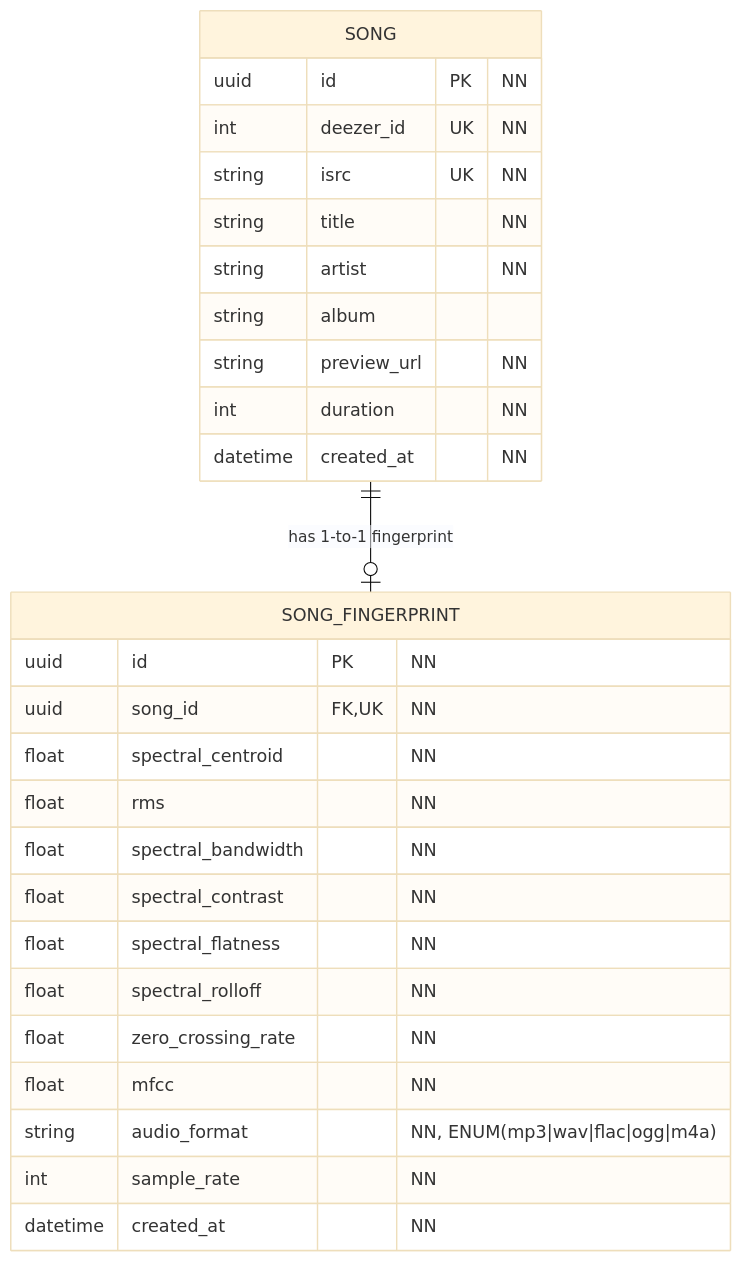
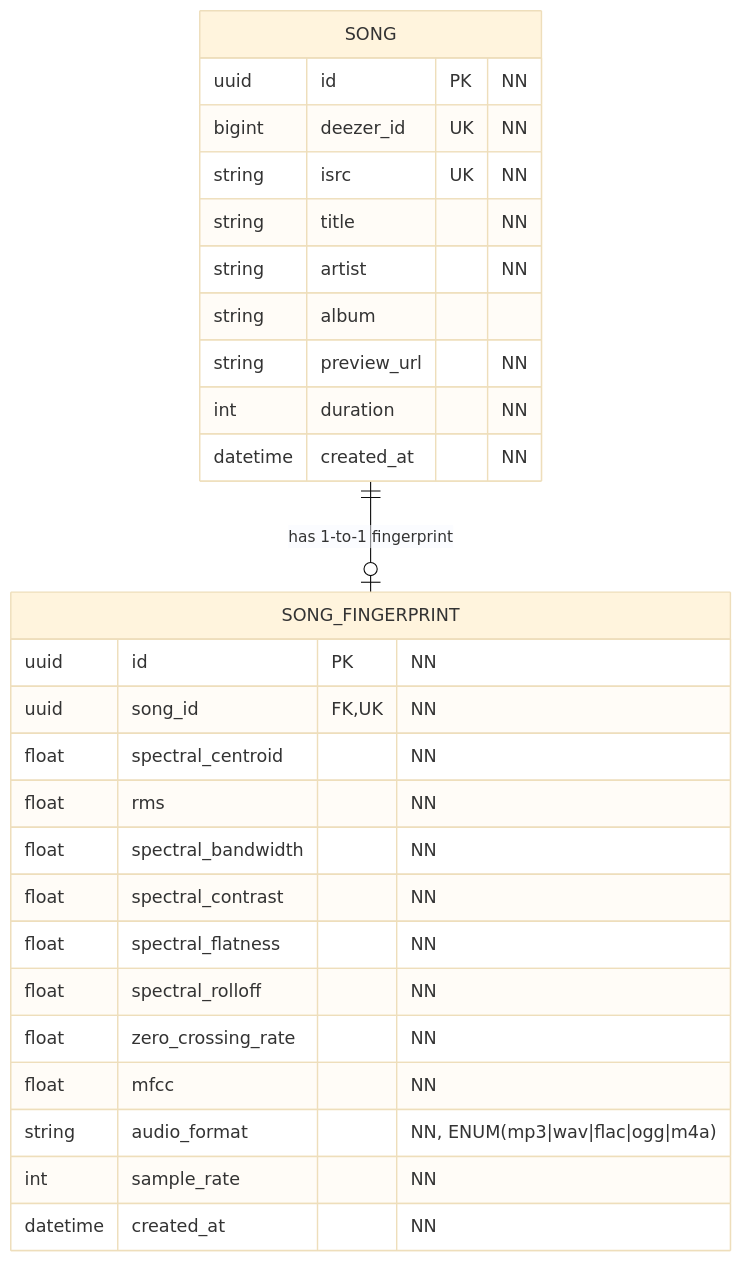
The first of 2 diagrams in specs/001-song-fingerprint-engine/data-model.md (AhmedAl-Hayali/AgenticGenreGuru), drawn with Mermaid (base theme) before and after one commit. The commit also changed other lines of this file and 2 other files, not shown here.

Commit message:
feat(db-models): switch `deezer_id` to `BigInteger` not `Integer`

````diff
--- a/specs/001-song-fingerprint-engine/data-model.md
+++ b/specs/001-song-fingerprint-engine/data-model.md
@@ -51,32 +51,32 @@
 ```mermaid
 erDiagram
     SONG ||--o| SONG_FINGERPRINT : "has 1-to-1 fingerprint"
 
     SONG {
         uuid id PK "NN"
-        int deezer_id UK "NN"
+        bigint deezer_id UK "NN"
         string isrc UK "NN"
         string title "NN"
         string artist "NN"
         string album
         string preview_url "NN"
         int duration "NN"
         datetime created_at "NN"
     }
 
     SONG_FINGERPRINT {
         uuid id PK "NN"
         uuid song_id FK, UK "NN"
         float spectral_centroid  "NN"
         float rms  "NN"
         float spectral_bandwidth  "NN"
         float spectral_contrast  "NN"
         float spectral_flatness  "NN"
         float spectral_rolloff  "NN"
         float zero_crossing_rate  "NN"
         float mfcc  "NN"
         string audio_format  "NN, ENUM(mp3|wav|flac|ogg|m4a)"
         int sample_rate  "NN"
         datetime created_at  "NN"
     }
 ```
````
